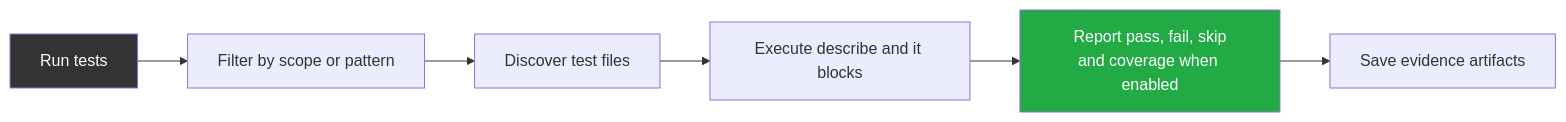
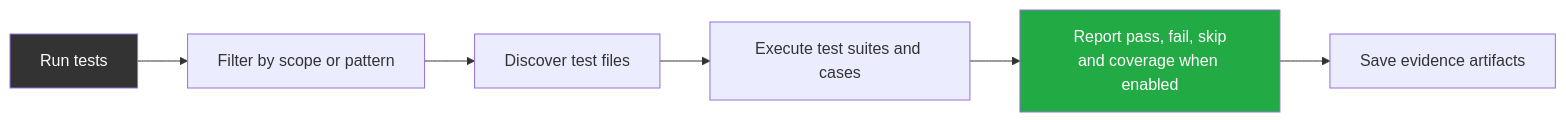
The fourth of 14 diagrams in plan/16-testing.md (1qh/safeagent), drawn with Mermaid before and after one commit. The commit also changed other lines of this file, not shown here.

````diff
--- a/plan/16-testing.md
+++ b/plan/16-testing.md
@@ -181,14 +181,14 @@
 ```mermaid
 flowchart LR
     RUN_REQUEST["Run tests"]
     SCOPE_FILTER["Filter by scope or pattern"]
     TEST_DISCOVERY["Discover test files"]
-    TEST_EXECUTION["Execute describe and it blocks"]
+    TEST_EXECUTION["Execute test suites and cases"]
     RESULT_REPORT["Report pass, fail, skip\nand coverage when enabled"]
     EVIDENCE_CAPTURE["Save evidence artifacts"]
 
     RUN_REQUEST --> SCOPE_FILTER --> TEST_DISCOVERY --> TEST_EXECUTION --> RESULT_REPORT --> EVIDENCE_CAPTURE
 
     style RUN_REQUEST fill:#333,color:#fff
     style RESULT_REPORT fill:#22aa44,color:#fff
 ```
````
